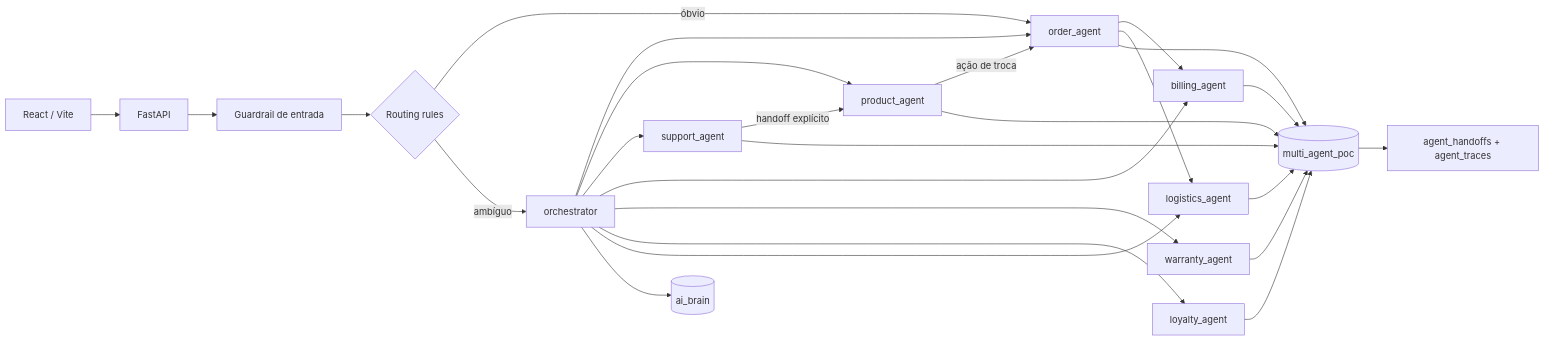
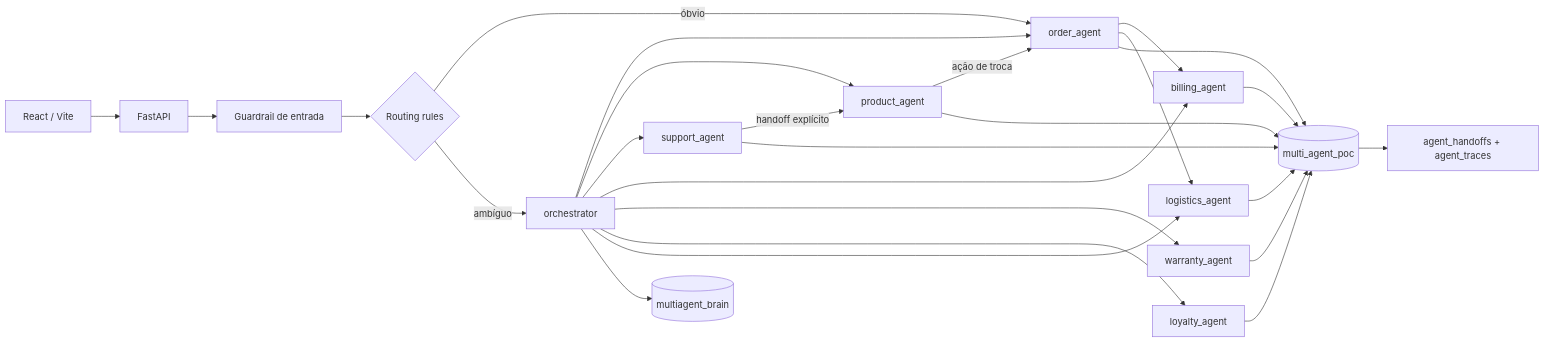
The first of 2 diagrams in docs/architecture.md (adrianofratelli-glitch/MultiAgent-on-MDB), drawn with Mermaid before and after one commit. The commit also changed other lines of this file and 40 other files, not shown here.

````diff
--- a/docs/architecture.md
+++ b/docs/architecture.md
@@ -5,21 +5,21 @@
 ```mermaid
 flowchart LR
     UI[React / Vite] --> API[FastAPI]
     API --> G[Guardrail de entrada]
     G --> R{Routing rules}
     R -->|óbvio| OA[order_agent]
     R -->|ambíguo| ORC[orchestrator]
     ORC --> OA
     ORC --> PA[product_agent]
     ORC --> SA[support_agent]
     ORC --> BA[billing_agent]
     ORC --> WA[warranty_agent]
     ORC --> LA[loyalty_agent]
     ORC --> LG[logistics_agent]
     SA -->|handoff explícito| PA
     PA -->|ação de troca| OA
     OA --> BA & LG
     OA & PA & SA & BA & WA & LA & LG --> DATA[(multi_agent_poc)]
-    ORC --> BRAIN[(ai_brain)]
+    ORC --> BRAIN[(multiagent_brain)]
     DATA --> TRACE[agent_handoffs + agent_traces]
 ```
````
